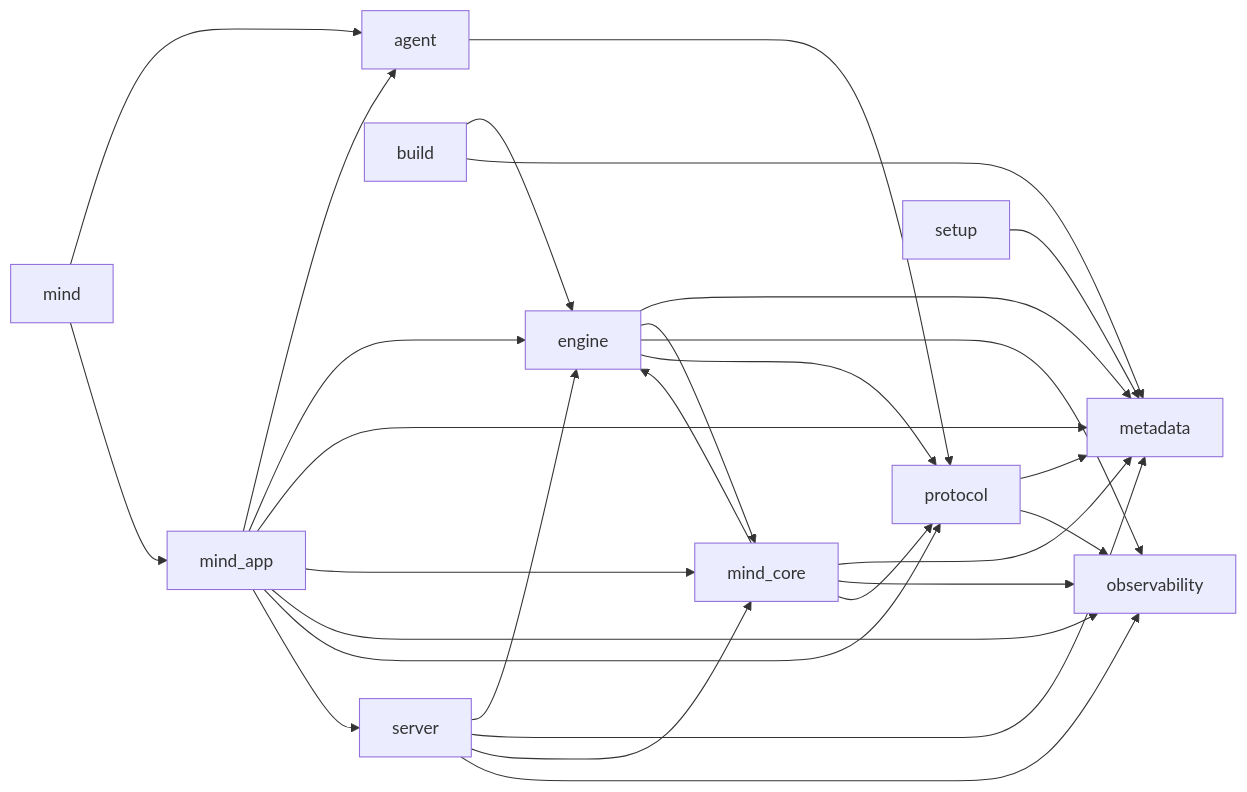
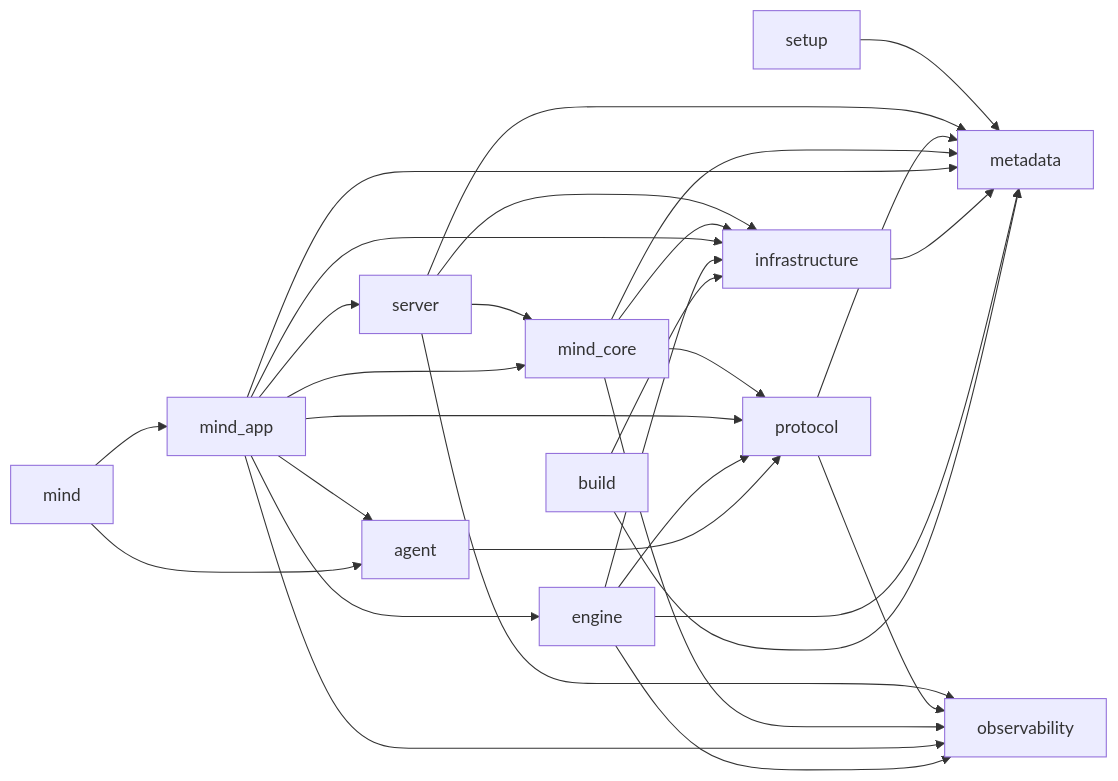
One commit to AxionixLabs/ProxyMind changed the diagram in AGENT_RUNTIME_IMPORT_GRAPH.md. Above: the diagram before and after it, drawn with Mermaid. The commit also changed other lines of this file and 49 other files, not shown here.

Commit message:
refactor architecture boundaries for protocol and infrastructure

````diff
--- a/AGENT_RUNTIME_IMPORT_GRAPH.md
+++ b/AGENT_RUNTIME_IMPORT_GRAPH.md
@@ -15,30 +15,32 @@
 ```mermaid
 flowchart LR
     agent --> protocol
-    build --> engine
+    build --> infrastructure
     build --> metadata
+    engine --> infrastructure
     engine --> metadata
-    engine --> mind_core
     engine --> observability
     engine --> protocol
+    infrastructure --> metadata
     mind --> agent
     mind --> mind_app
     mind_app --> agent
     mind_app --> engine
+    mind_app --> infrastructure
     mind_app --> metadata
     mind_app --> mind_core
     mind_app --> observability
     mind_app --> protocol
     mind_app --> server
-    mind_core --> engine
+    mind_core --> infrastructure
     mind_core --> metadata
     mind_core --> observability
     mind_core --> protocol
     protocol --> metadata
     protocol --> observability
-    server --> engine
+    server --> infrastructure
     server --> metadata
     server --> mind_core
     server --> observability
     setup --> metadata
 ```
````
